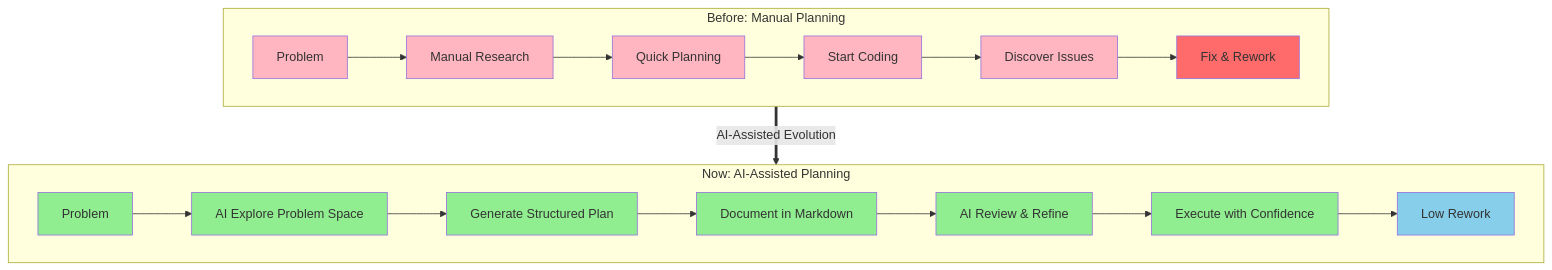
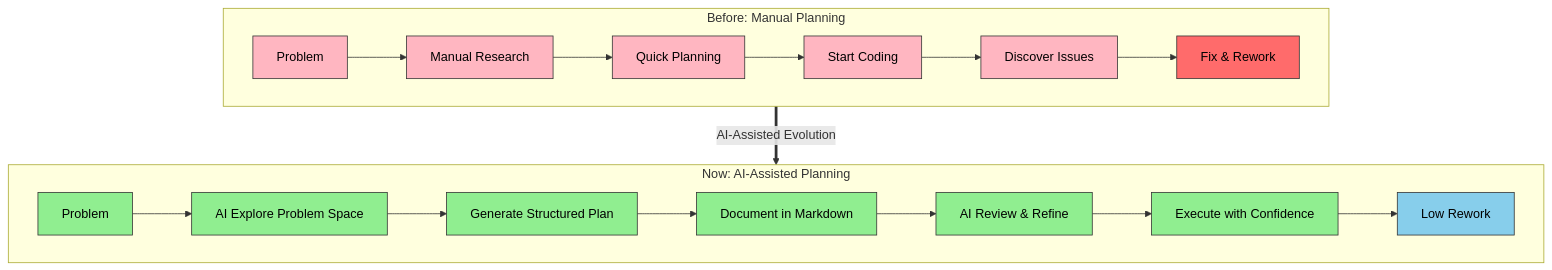
Before and after one commit to carim07/carim-web: the third of 3 diagrams in content/posts/devops-workflow-evolution/index.md, drawn with Mermaid. The commit also changed other lines of this file and 1 other file, not shown here.

Commit message:
Update AI Spanish post and fix diagrams

```diff
--- a/content/posts/devops-workflow-evolution/index.md
+++ b/content/posts/devops-workflow-evolution/index.md
@@ -398,29 +398,29 @@
 {{< mermaid >}}
 flowchart TB
     subgraph Before["Before: Manual Planning"]
         direction LR
         B1[Problem] --> B2[Manual Research] --> B3[Quick Planning] --> B4[Start Coding] --> B5[Discover Issues] --> B6[Fix & Rework]
         
-        style B1 fill:#FFB6C1
-        style B2 fill:#FFB6C1
-        style B3 fill:#FFB6C1
-        style B4 fill:#FFB6C1
-        style B5 fill:#FFB6C1
-        style B6 fill:#FF6B6B
+        style B1 fill:#FFB6C1,stroke:#333,color:#000
+        style B2 fill:#FFB6C1,stroke:#333,color:#000
+        style B3 fill:#FFB6C1,stroke:#333,color:#000
+        style B4 fill:#FFB6C1,stroke:#333,color:#000
+        style B5 fill:#FFB6C1,stroke:#333,color:#000
+        style B6 fill:#FF6B6B,stroke:#333,color:#000
     end
     
     Before ==>|"AI-Assisted Evolution"| After
     
     subgraph After["Now: AI-Assisted Planning"]
         direction LR
         A1[Problem] --> A2[AI Explore Problem Space] --> A3[Generate Structured Plan] --> A4[Document in Markdown] --> A5["AI Review & Refine"] --> A6[Execute with Confidence] --> A7[Low Rework]
         
-        style A1 fill:#90EE90
-        style A2 fill:#90EE90
-        style A3 fill:#90EE90
-        style A4 fill:#90EE90
-        style A5 fill:#90EE90
-        style A6 fill:#90EE90
-        style A7 fill:#87CEEB
+        style A1 fill:#90EE90,stroke:#333,color:#000
+        style A2 fill:#90EE90,stroke:#333,color:#000
+        style A3 fill:#90EE90,stroke:#333,color:#000
+        style A4 fill:#90EE90,stroke:#333,color:#000
+        style A5 fill:#90EE90,stroke:#333,color:#000
+        style A6 fill:#90EE90,stroke:#333,color:#000
+        style A7 fill:#87CEEB,stroke:#333,color:#000
     end
 {{< /mermaid >}}
```
